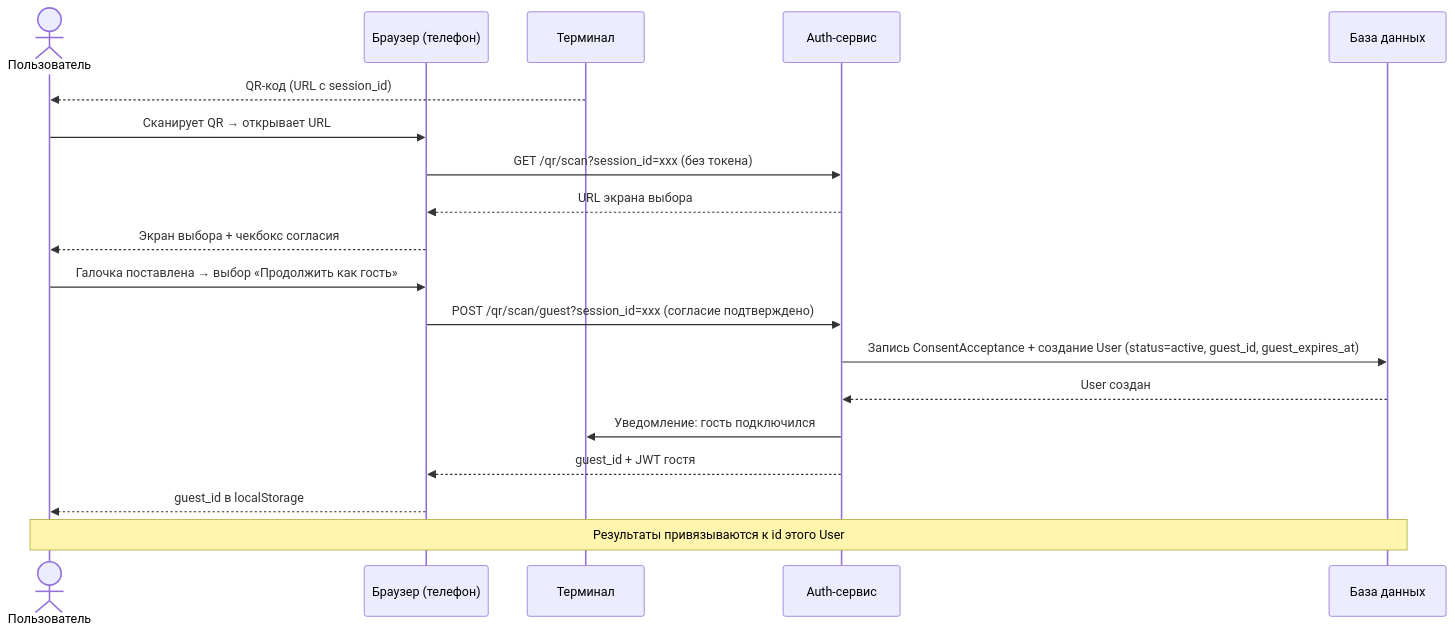
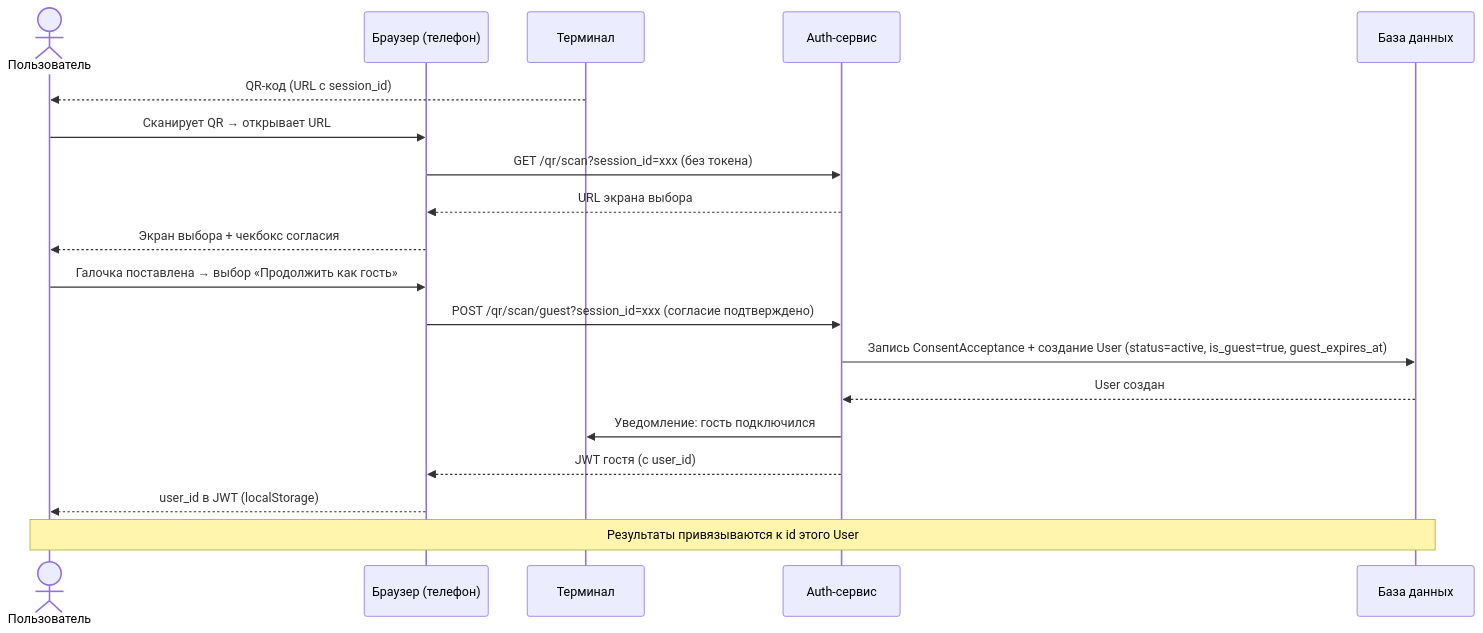
Before and after one commit to atlassys-smm/RZN: the fourth of 6 diagrams in docs/concept/registration-profile.md, drawn with Mermaid. The commit also changed other lines of this file and 23 other files, not shown here.

````diff
--- a/docs/concept/registration-profile.md
+++ b/docs/concept/registration-profile.md
@@ -116,23 +116,23 @@
 ```mermaid
 sequenceDiagram
     actor User as Пользователь
     participant Browser as Браузер (телефон)
     participant Terminal as Терминал
     participant Auth as Auth-сервис
     participant DB as База данных
 
     Terminal-->>User: QR-код (URL с session_id)
     User->>Browser: Сканирует QR → открывает URL
     Browser->>Auth: GET /qr/scan?session_id=xxx (без токена)
     Auth-->>Browser: URL экрана выбора
     Browser-->>User: Экран выбора + чекбокс согласия
 
     User->>Browser: Галочка поставлена → выбор «Продолжить как гость»
     Browser->>Auth: POST /qr/scan/guest?session_id=xxx (согласие подтверждено)
-    Auth->>DB: Запись ConsentAcceptance + создание User (status=active, guest_id, guest_expires_at)
+    Auth->>DB: Запись ConsentAcceptance + создание User (status=active, is_guest=true, guest_expires_at)
     DB-->>Auth: User создан
     Auth->>Terminal: Уведомление: гость подключился
-    Auth-->>Browser: guest_id + JWT гостя
-    Browser-->>User: guest_id в localStorage
+    Auth-->>Browser: JWT гостя (с user_id)
+    Browser-->>User: user_id в JWT (localStorage)
     Note over User,DB: Результаты привязываются к id этого User
 ```
````
